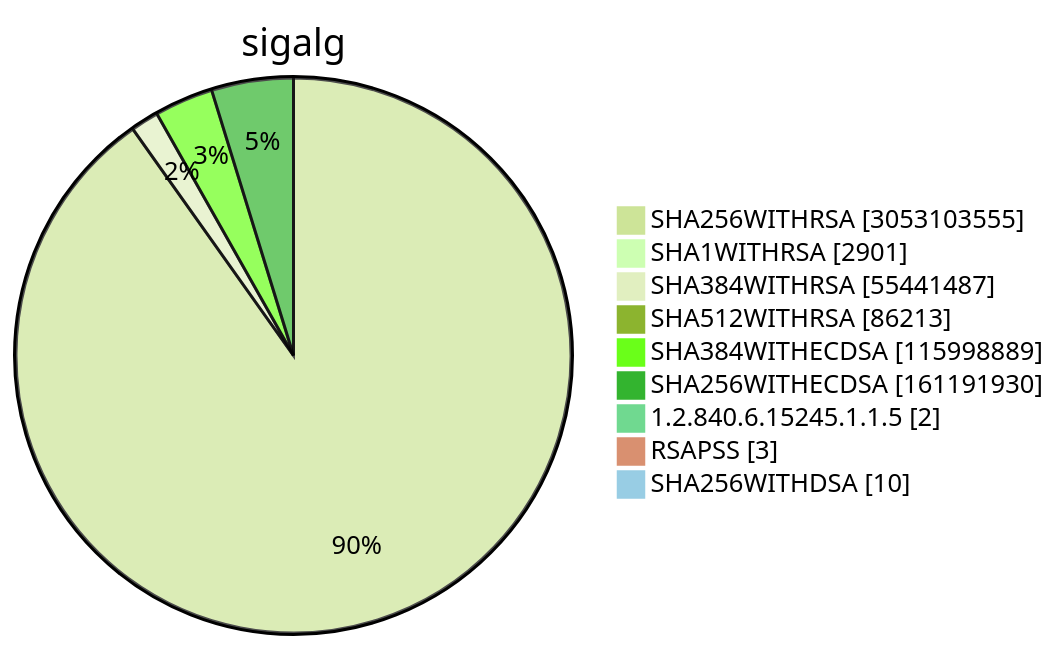
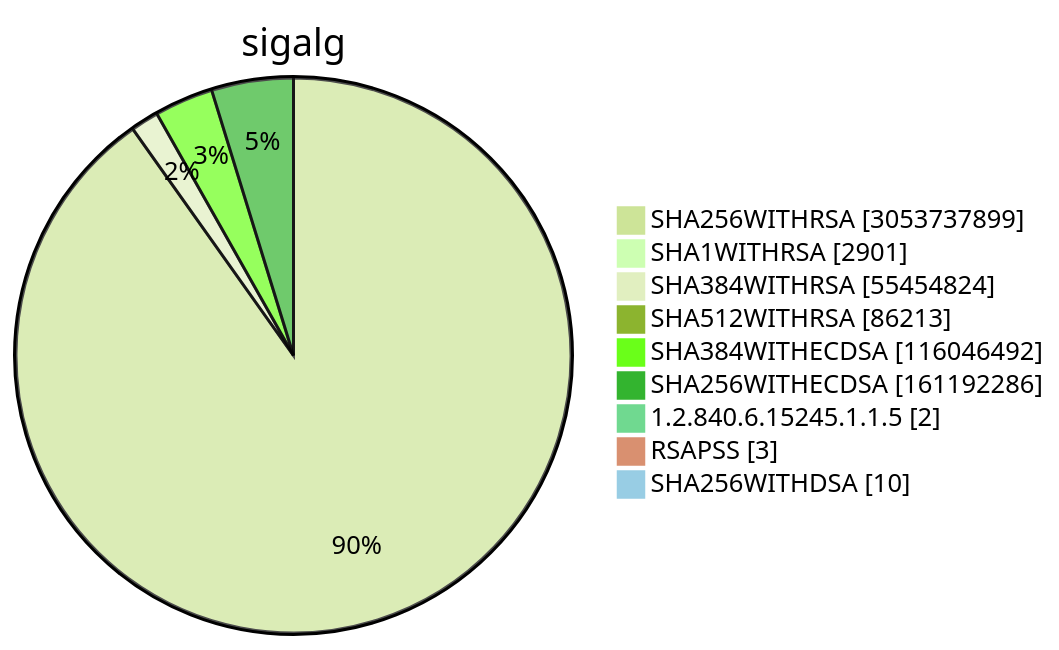
Before and after one commit to christiankrug/ctmonitor_visualization: diagram 15 of 15 in TOTAL/README.md, drawn with Mermaid (forest theme). The commit also changed other lines of this file, not shown here.

````diff
--- a/TOTAL/README.md
+++ b/TOTAL/README.md
@@ -6209,13 +6209,13 @@
 ```mermaid
 pie showData
 title sigalg
-"SHA256WITHRSA" :3053103555
+"SHA256WITHRSA" :3053737899
 "SHA1WITHRSA" :2901
-"SHA384WITHRSA" :55441487
+"SHA384WITHRSA" :55454824
 "SHA512WITHRSA" :86213
-"SHA384WITHECDSA" :115998889
-"SHA256WITHECDSA" :161191930
+"SHA384WITHECDSA" :116046492
+"SHA256WITHECDSA" :161192286
 "1.2.840.6.15245.1.1.5" :2
 "RSAPSS" :3
 "SHA256WITHDSA" :10
 ```
````
